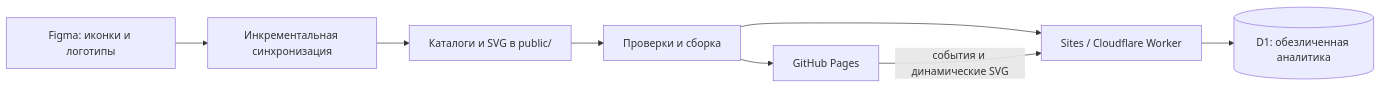
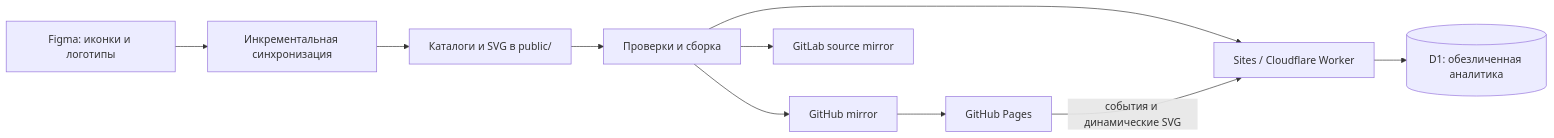
Before and after one commit to kunivaman-dev/directum-material-library: the first of 2 diagrams in ARCHITECTURE.md, drawn with Mermaid. The commit also changed other lines of this file and 3 other files, not shown here.

Commit message:
Add GitLab source mirror workflow

````diff
--- a/ARCHITECTURE.md
+++ b/ARCHITECTURE.md
@@ -10,10 +12,12 @@
 ```mermaid
 flowchart LR
   F["Figma: иконки и логотипы"] --> S["Инкрементальная синхронизация"]
   S --> C["Каталоги и SVG в public/"]
   C --> V["Проверки и сборка"]
   V --> W["Sites / Cloudflare Worker"]
-  V --> G["GitHub Pages"]
+  V --> H["GitHub mirror"]
+  H --> G["GitHub Pages"]
+  V --> L["GitLab source mirror"]
   W --> D[("D1: обезличенная аналитика")]
   G -->|"события и динамические SVG"| W
 ```
````
